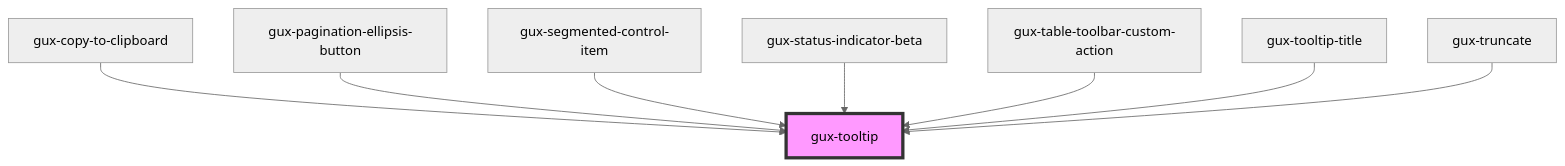
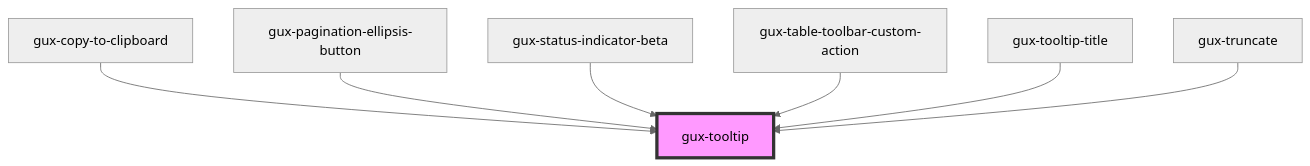
Before and after one commit to MyPureCloud/genesys-spark: the diagram in packages/genesys-spark-components/src/components/stable/gux-tooltip/readme.md, drawn with Mermaid (neutral theme). The commit also changed other lines of this file and 55 other files, not shown here.

First line of the commit message:
feat(segmented-control-beta): Styling change

````diff
--- a/packages/genesys-spark-components/src/components/stable/gux-tooltip/readme.md
+++ b/packages/genesys-spark-components/src/components/stable/gux-tooltip/readme.md
@@ -78,11 +77,10 @@
 ```mermaid
 graph TD;
   gux-copy-to-clipboard --> gux-tooltip
   gux-pagination-ellipsis-button --> gux-tooltip
-  gux-segmented-control-item --> gux-tooltip
   gux-status-indicator-beta --> gux-tooltip
   gux-table-toolbar-custom-action --> gux-tooltip
   gux-tooltip-title --> gux-tooltip
   gux-truncate --> gux-tooltip
   style gux-tooltip fill:#f9f,stroke:#333,stroke-width:4px
 ```
````
